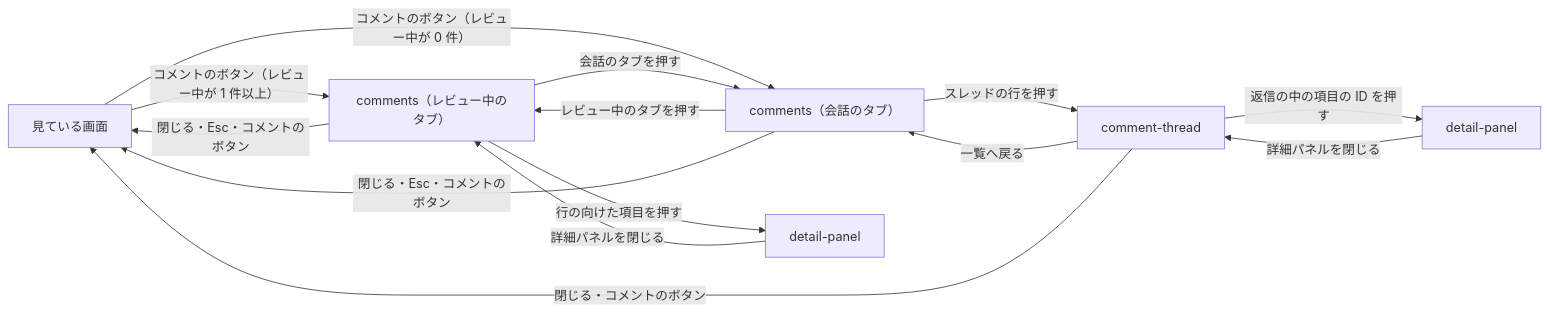
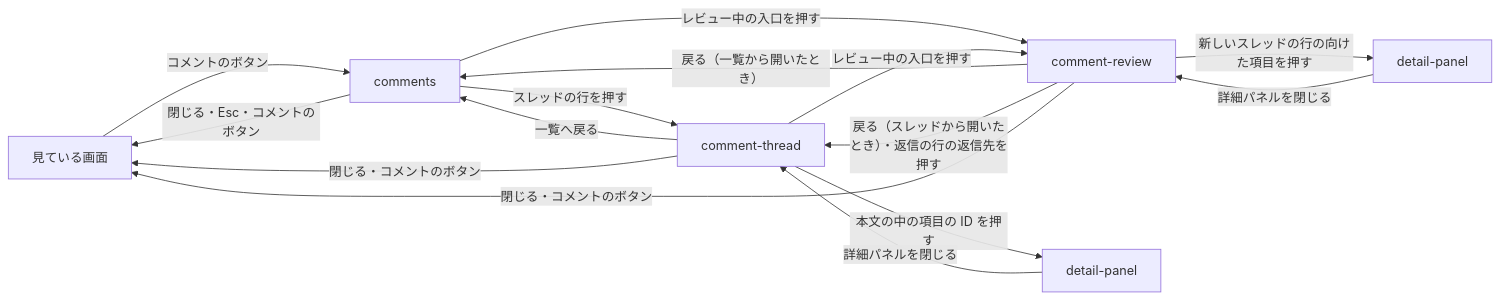
Before and after one commit to shuhei1101/mindstella: the diagram in dev/pr/235/プレビュー.md, drawn with Mermaid. The commit also changed other lines of this file, not shown here.

````diff
--- a/dev/pr/235/プレビュー.md
+++ b/dev/pr/235/プレビュー.md
@@ -74,16 +78,17 @@
 ```mermaid
 flowchart LR
-  V[見ている画面] -->|コメントのボタン（レビュー中が 1 件以上）| C[comments（レビュー中のタブ）]
-  V -->|コメントのボタン（レビュー中が 0 件）| CT
-  C -->|会話のタブを押す| CT[comments（会話のタブ）]
-  CT -->|レビュー中のタブを押す| C
-  CT -->|スレッドの行を押す| T[comment-thread]
-  T -->|一覧へ戻る| CT
-  T -->|返信の中の項目の ID を押す| D[detail-panel]
+  V[見ている画面] -->|コメントのボタン| C[comments]
+  C -->|スレッドの行を押す| T[comment-thread]
+  T -->|一覧へ戻る| C
+  C -->|レビュー中の入口を押す| R[comment-review]
+  T -->|レビュー中の入口を押す| R
+  R -->|戻る（一覧から開いたとき）| C
+  R -->|戻る（スレッドから開いたとき）・返信の行の返信先を押す| T
+  R -->|新しいスレッドの行の向けた項目を押す| D2[detail-panel]
+  D2 -->|詳細パネルを閉じる| R
+  T -->|本文の中の項目の ID を押す| D[detail-panel]
   D -->|詳細パネルを閉じる| T
-  C -->|行の向けた項目を押す| D2[detail-panel]
-  D2 -->|詳細パネルを閉じる| C
   C -->|閉じる・Esc・コメントのボタン| V
-  CT -->|閉じる・Esc・コメントのボタン| V
   T -->|閉じる・コメントのボタン| V
+  R -->|閉じる・コメントのボタン| V
 ```
````
